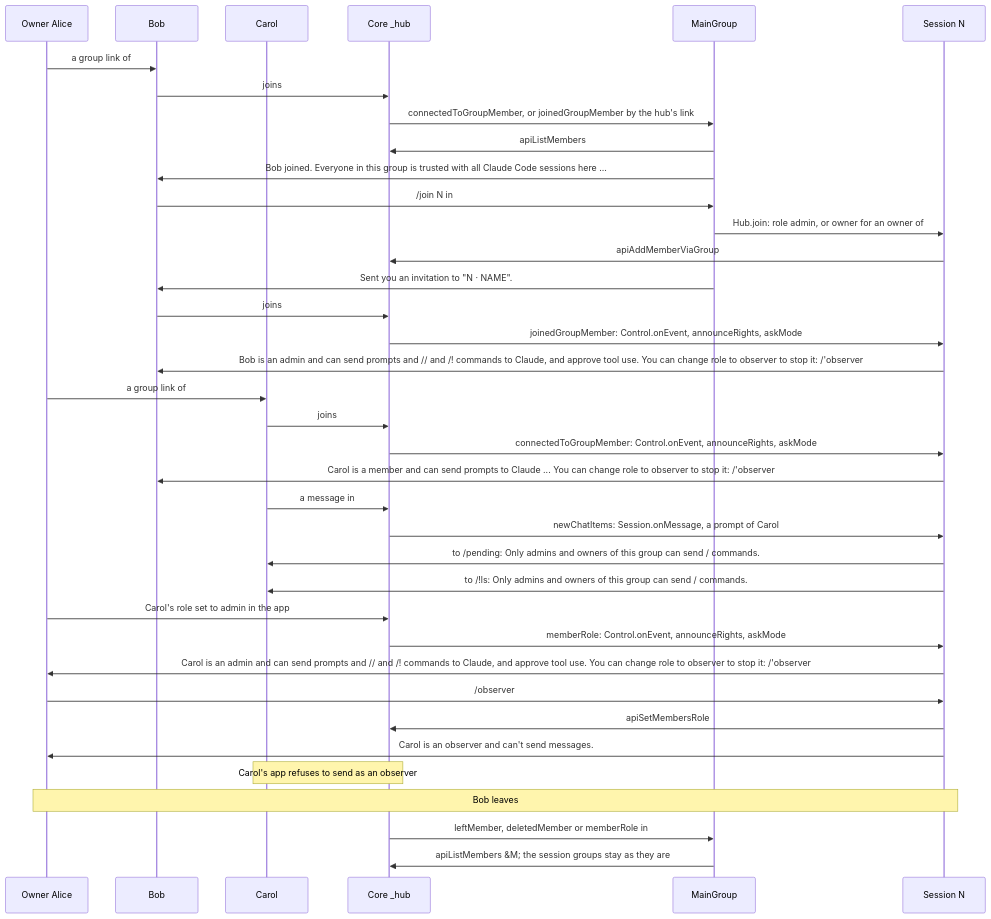
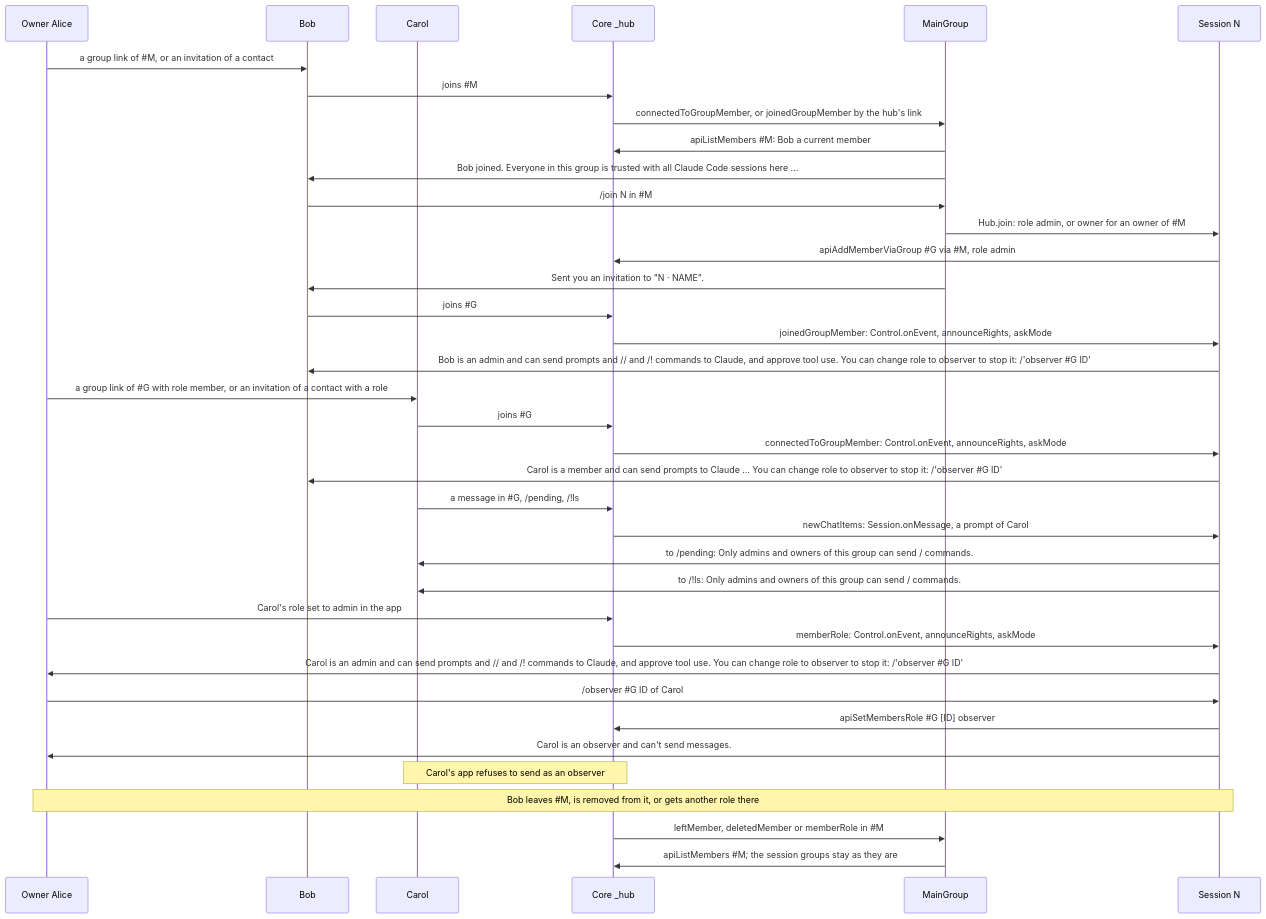
Diagram 28 of 30 in packages/simplex-chat-mcp/spec/flows.md (simplex-chat/simplex-chat), drawn with Mermaid before and after one commit. The commit also changed other lines of this file and 1 other file, not shown here.

First line of the commit message:
mcp: spec diagrams render whole on GitHub

````diff
--- a/packages/simplex-chat-mcp/spec/flows.md
+++ b/packages/simplex-chat-mcp/spec/flows.md
@@ -1222,39 +1222,39 @@
 ```mermaid
 sequenceDiagram
   participant A as Owner Alice
   participant B as Bob
   participant G as Carol
   participant C as Core _hub
   participant M as MainGroup
   participant N as Session N
-  A->>B: a group link of #M, or an invitation of a contact
-  B->>C: joins #M
+  A->>B: a group link of #35;M, or an invitation of a contact
+  B->>C: joins #35;M
   C->>M: connectedToGroupMember, or joinedGroupMember by the hub's link
-  M->>C: apiListMembers #M: Bob a current member
+  M->>C: apiListMembers #35;M: Bob a current member
   M->>B: Bob joined. Everyone in this group is trusted with all Claude Code sessions here ...
-  B->>M: /join N in #M
-  M->>N: Hub.join: role admin, or owner for an owner of #M
-  N->>C: apiAddMemberViaGroup #G via #M, role admin
+  B->>M: /join N in #35;M
+  M->>N: Hub.join: role admin, or owner for an owner of #35;M
+  N->>C: apiAddMemberViaGroup #35;G via #35;M, role admin
   M->>B: Sent you an invitation to "N · NAME".
-  B->>C: joins #G
+  B->>C: joins #35;G
   C->>N: joinedGroupMember: Control.onEvent, announceRights, askMode
-  N->>B: Bob is an admin and can send prompts and // and /! commands to Claude, and approve tool use. You can change role to observer to stop it: /'observer #G ID'
-  A->>G: a group link of #G with role member, or an invitation of a contact with a role
-  G->>C: joins #G
+  N->>B: Bob is an admin and can send prompts and // and /! commands to Claude, and approve tool use. You can change role to observer to stop it: /'observer #35;G ID'
+  A->>G: a group link of #35;G with role member, or an invitation of a contact with a role
+  G->>C: joins #35;G
   C->>N: connectedToGroupMember: Control.onEvent, announceRights, askMode
-  N->>B: Carol is a member and can send prompts to Claude ... You can change role to observer to stop it: /'observer #G ID'
-  G->>C: a message in #G, /pending, /!ls
+  N->>B: Carol is a member and can send prompts to Claude ... You can change role to observer to stop it: /'observer #35;G ID'
+  G->>C: a message in #35;G, /pending, /!ls
   C->>N: newChatItems: Session.onMessage, a prompt of Carol
   N->>G: to /pending: Only admins and owners of this group can send / commands.
   N->>G: to /!ls: Only admins and owners of this group can send / commands.
   A->>C: Carol's role set to admin in the app
   C->>N: memberRole: Control.onEvent, announceRights, askMode
-  N->>A: Carol is an admin and can send prompts and // and /! commands to Claude, and approve tool use. You can change role to observer to stop it: /'observer #G ID'
-  A->>N: /observer #G ID of Carol
-  N->>C: apiSetMembersRole #G [ID] observer
+  N->>A: Carol is an admin and can send prompts and // and /! commands to Claude, and approve tool use. You can change role to observer to stop it: /'observer #35;G ID'
+  A->>N: /observer #35;G ID of Carol
+  N->>C: apiSetMembersRole #35;G [ID] observer
   N->>A: Carol is an observer and can't send messages.
   Note over G,C: Carol's app refuses to send as an observer
-  Note over A,N: Bob leaves #M, is removed from it, or gets another role there
-  C->>M: leftMember, deletedMember or memberRole in #M
-  M->>C: apiListMembers #M; the session groups stay as they are
+  Note over A,N: Bob leaves #35;M, is removed from it, or gets another role there
+  C->>M: leftMember, deletedMember or memberRole in #35;M
+  M->>C: apiListMembers #35;M#59; the session groups stay as they are
 ```
````
